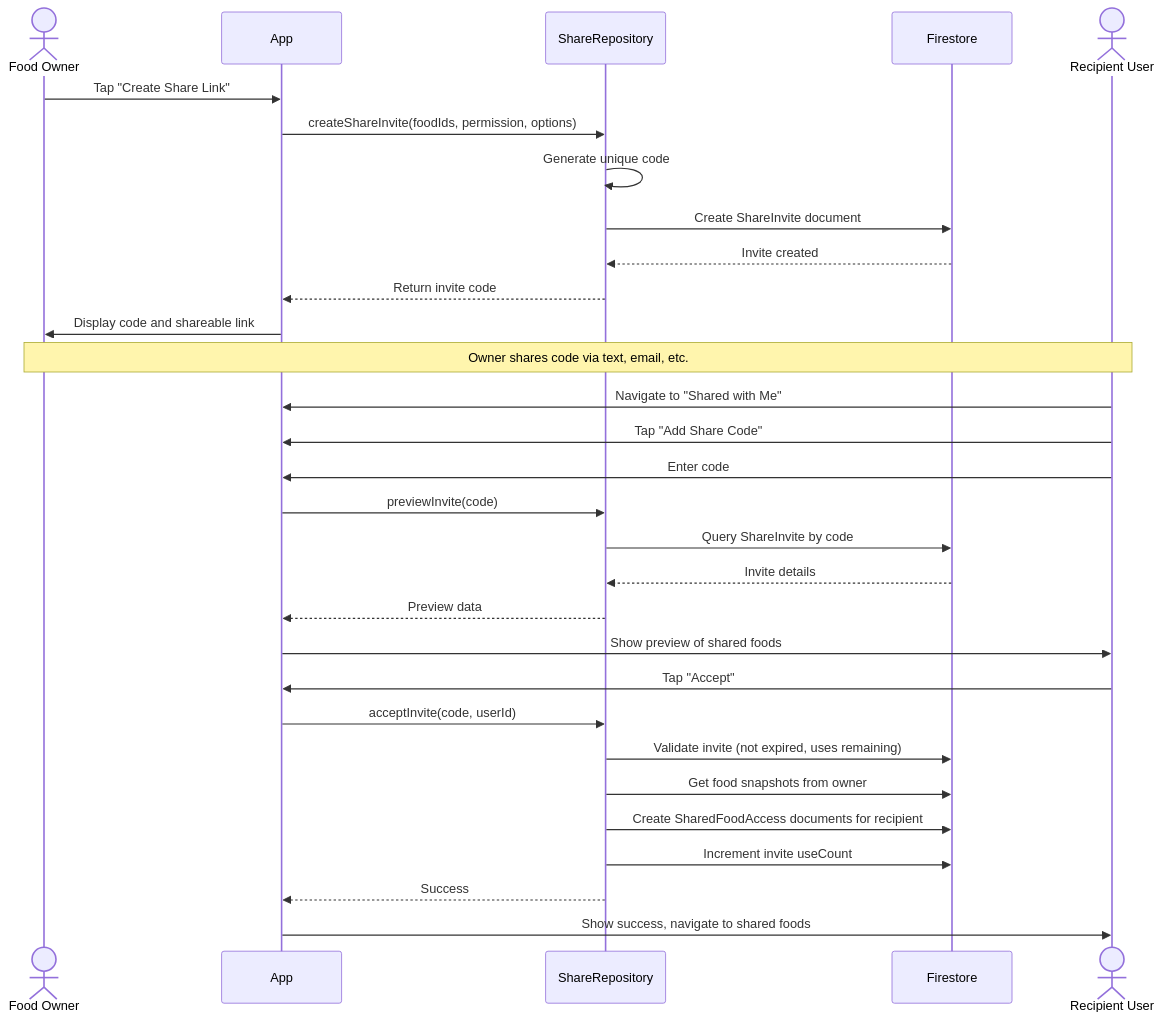
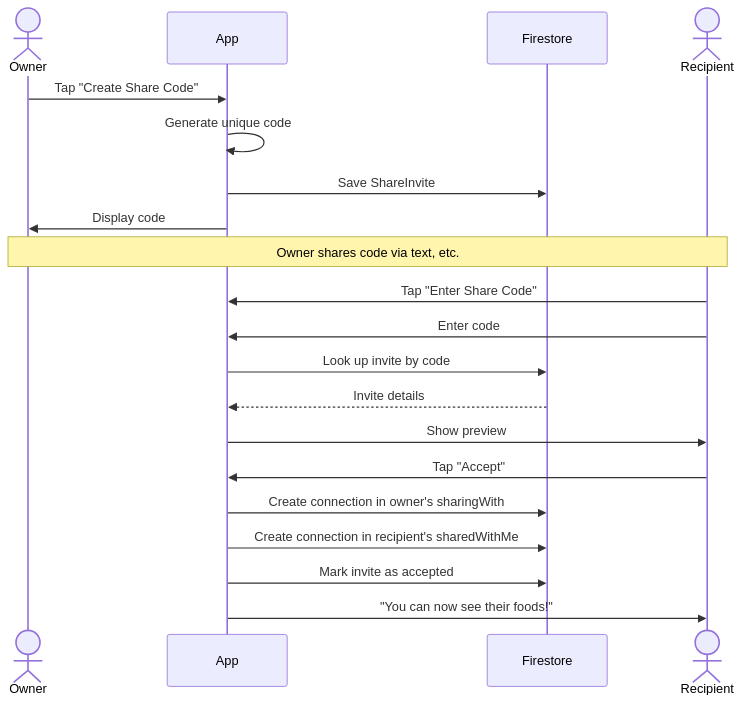
One commit to TimothyYao/meal-planning changed the second of 4 diagrams in doc/food-sharing-design.md. Above: the diagram before and after it, drawn with Mermaid. The commit also changed other lines of this file and 4 other files, not shown here.

First line of the commit message:
Simplify food sharing design to share entire food library

````diff
--- a/doc/food-sharing-design.md
+++ b/doc/food-sharing-design.md
@@ -398,42 +304,26 @@
 ```mermaid
 sequenceDiagram
-    actor Owner as Food Owner
+    actor Owner as Owner
     participant App as App
-    participant ShareRepo as ShareRepository
     participant FS as Firestore
-    actor Recipient as Recipient User
+    actor Recipient as Recipient
+
+    Owner->>App: Tap "Create Share Code"
+    App->>App: Generate unique code
+    App->>FS: Save ShareInvite
+    App->>Owner: Display code
     
-    Owner->>App: Tap "Create Share Link"
-    App->>ShareRepo: createShareInvite(foodIds, permission, options)
+    Note over Owner,Recipient: Owner shares code via text, etc.
     
-    ShareRepo->>ShareRepo: Generate unique code
-    ShareRepo->>FS: Create ShareInvite document
-    FS-->>ShareRepo: Invite created
-    ShareRepo-->>App: Return invite code
+    Recipient->>App: Tap "Enter Share Code"
+    Recipient->>App: Enter code
+    App->>FS: Look up invite by code
+    FS-->>App: Invite details
+    App->>Recipient: Show preview
+    Recipient->>App: Tap "Accept"
     
-    App->>Owner: Display code and shareable link
-    
-    Note over Owner,Recipient: Owner shares code via text, email, etc.
-    
-    Recipient->>App: Navigate to "Shared with Me"
-    Recipient->>App: Tap "Add Share Code"
-    Recipient->>App: Enter code
-    
-    App->>ShareRepo: previewInvite(code)
-    ShareRepo->>FS: Query ShareInvite by code
-    FS-->>ShareRepo: Invite details
-    ShareRepo-->>App: Preview data
-    
-    App->>Recipient: Show preview of shared foods
-    
-    Recipient->>App: Tap "Accept"
-    App->>ShareRepo: acceptInvite(code, userId)
-    
-    ShareRepo->>FS: Validate invite (not expired, uses remaining)
-    ShareRepo->>FS: Get food snapshots from owner
-    ShareRepo->>FS: Create SharedFoodAccess documents for recipient
-    ShareRepo->>FS: Increment invite useCount
-    ShareRepo-->>App: Success
-    
-    App->>Recipient: Show success, navigate to shared foods
+    App->>FS: Create connection in owner's sharingWith
+    App->>FS: Create connection in recipient's sharedWithMe
+    App->>FS: Mark invite as accepted
+    App->>Recipient: "You can now see their foods!"
 ```
````
